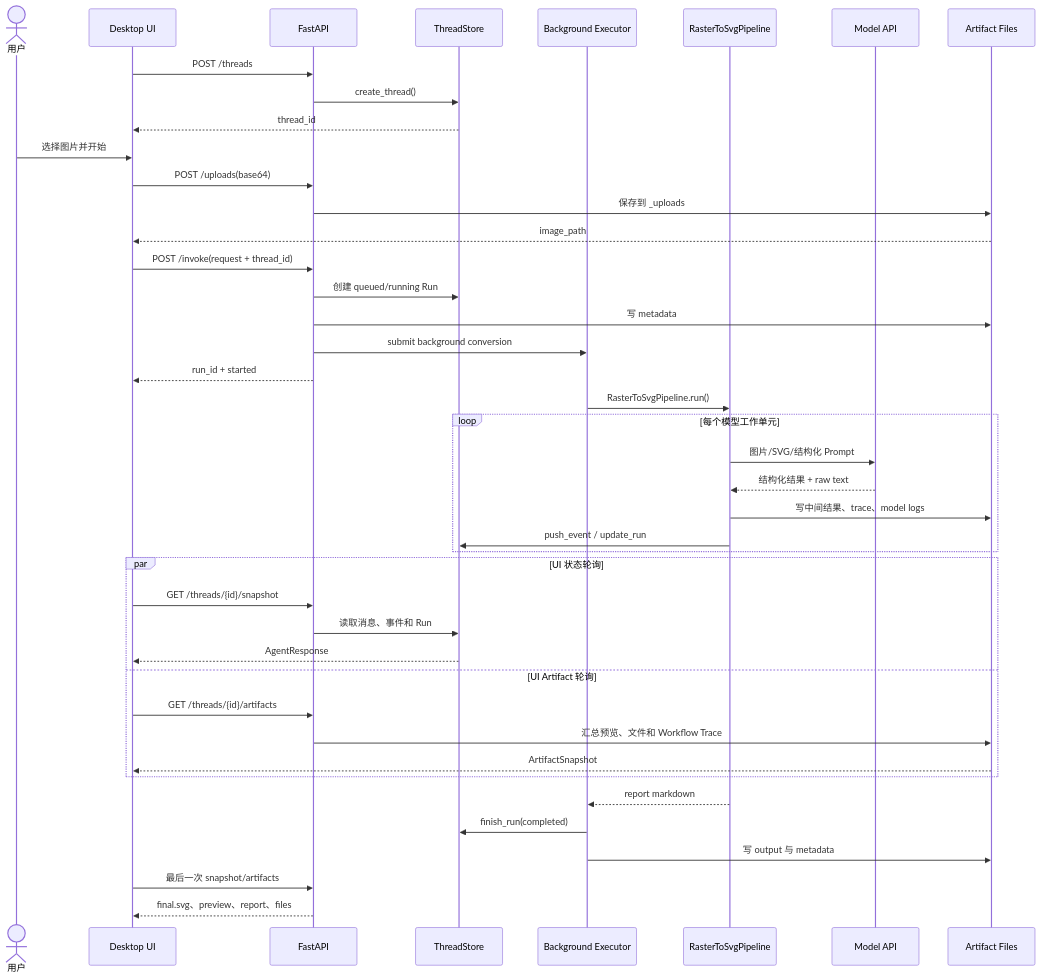
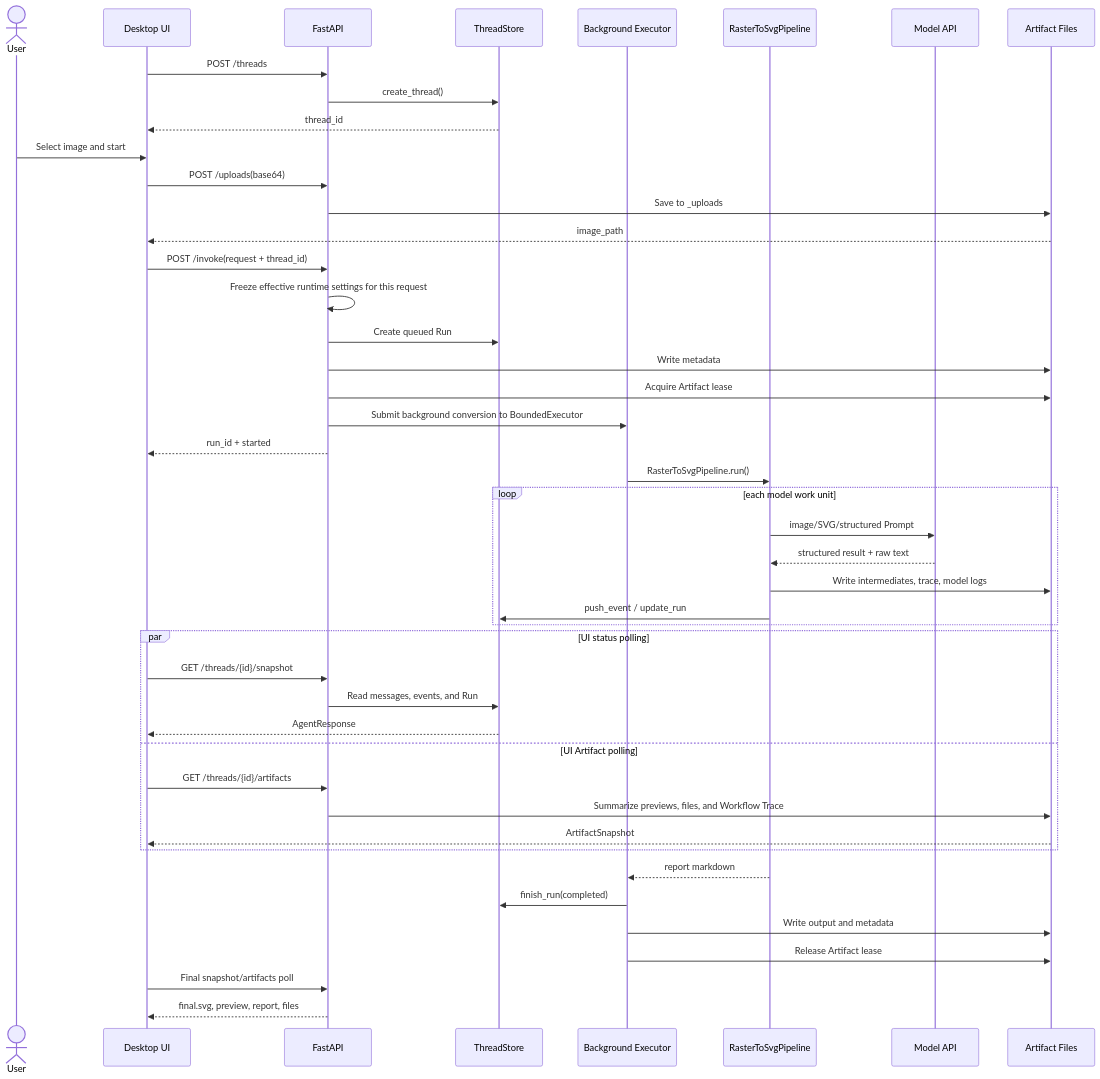
One commit to PeiXingXie/Raster2SVG-Demo changed the second of 3 diagrams in architecture-summary/03-runtime-and-interfaces.md. Above: the diagram before and after it, drawn with Mermaid. The commit also changed other lines of this file and 14 other files, not shown here.

````diff
--- a/architecture-summary/03-runtime-and-interfaces.md
+++ b/architecture-summary/03-runtime-and-interfaces.md
@@ -34,50 +34,53 @@
 ```mermaid
 sequenceDiagram
-    actor User as 用户
+    actor User as User
     participant UI as Desktop UI
     participant API as FastAPI
     participant TS as ThreadStore
     participant EX as Background Executor
     participant PL as RasterToSvgPipeline
     participant M as Model API
     participant AF as Artifact Files
 
     UI->>API: POST /threads
     API->>TS: create_thread()
     TS-->>UI: thread_id
 
-    User->>UI: 选择图片并开始
+    User->>UI: Select image and start
     UI->>API: POST /uploads(base64)
-    API->>AF: 保存到 _uploads
+    API->>AF: Save to _uploads
     AF-->>UI: image_path
 
     UI->>API: POST /invoke(request + thread_id)
-    API->>TS: 创建 queued/running Run
-    API->>AF: 写 metadata
-    API->>EX: submit background conversion
+    API->>API: Freeze effective runtime settings for this request
+    API->>TS: Create queued Run
+    API->>AF: Write metadata
+    API->>AF: Acquire Artifact lease
+    API->>EX: Submit background conversion to BoundedExecutor
     API-->>UI: run_id + started
 
     EX->>PL: RasterToSvgPipeline.run()
-    loop 每个模型工作单元
-        PL->>M: 图片/SVG/结构化 Prompt
-        M-->>PL: 结构化结果 + raw text
-        PL->>AF: 写中间结果、trace、model logs
+    loop each model work unit
+        PL->>M: image/SVG/structured Prompt
+        M-->>PL: structured result + raw text
+        PL->>AF: Write intermediates, trace, model logs
         PL->>TS: push_event / update_run
     end
 
-    par UI 状态轮询
+    par UI status polling
         UI->>API: GET /threads/{id}/snapshot
-        API->>TS: 读取消息、事件和 Run
+        API->>TS: Read messages, events, and Run
         TS-->>UI: AgentResponse
-    and UI Artifact 轮询
+    and UI Artifact polling
         UI->>API: GET /threads/{id}/artifacts
-        API->>AF: 汇总预览、文件和 Workflow Trace
+        API->>AF: Summarize previews, files, and Workflow Trace
         AF-->>UI: ArtifactSnapshot
     end
 
     PL-->>EX: report markdown
     EX->>TS: finish_run(completed)
-    EX->>AF: 写 output 与 metadata
-    UI->>API: 最后一次 snapshot/artifacts
-    API-->>UI: final.svg、preview、report、files
+    EX->>AF: Write output and metadata
+    EX->>AF: Release Artifact lease
+    UI->>API: Final snapshot/artifacts poll
+    API-->>UI: final.svg, preview, report, files
 ```
````
